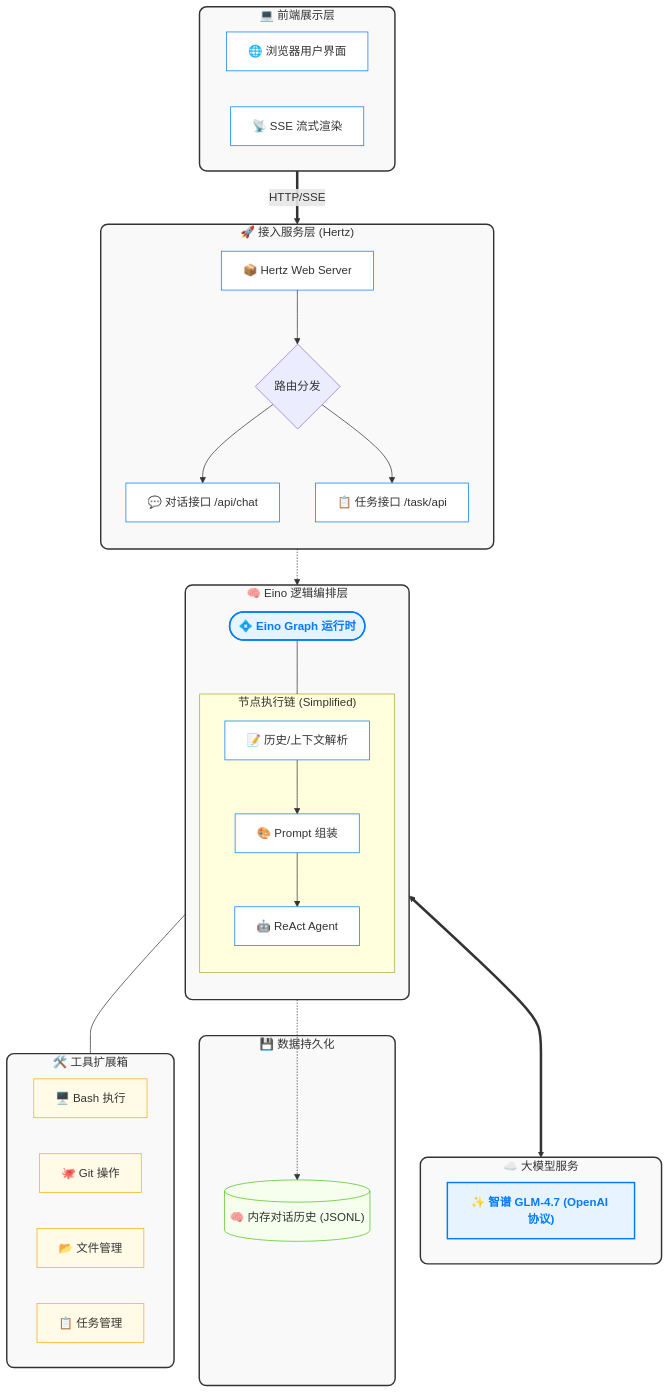
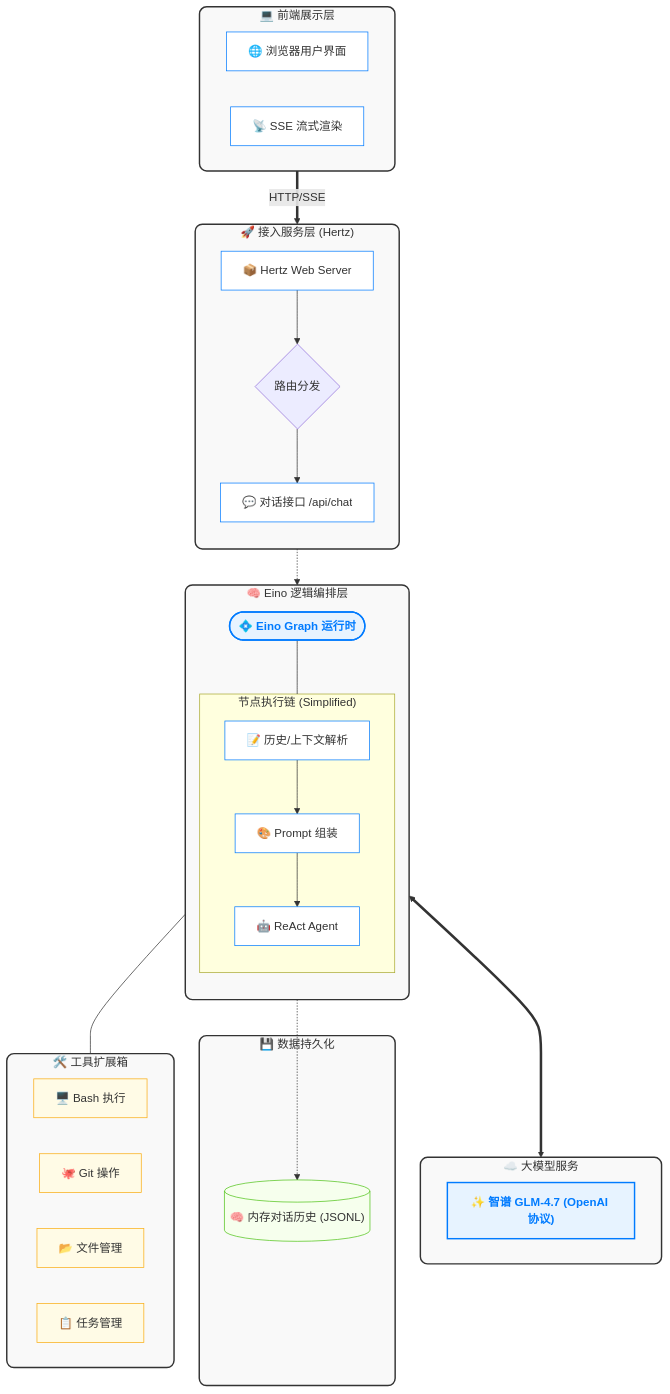
Before and after one commit to Twsa/eino-examples: the diagram in quickstart/eino_assistant/architecture.md, drawn with Mermaid.

````diff
--- a/quickstart/eino_assistant/architecture.md
+++ b/quickstart/eino_assistant/architecture.md
@@ -1,73 +1,72 @@
 ```mermaid
 graph TD
     %% 样式定义
     classDef layerStyle fill:#f9f9f9,stroke:#333,stroke-width:2px,rx:10,ry:10;
     classDef nodeStyle fill:#fff,stroke:#007bff,stroke-width:1px,color:#333;
     classDef activeStyle fill:#e7f3ff,stroke:#007bff,stroke-width:2px,color:#007bff,font-weight:bold;
     classDef toolStyle fill:#fffbe6,stroke:#faad14,stroke-width:1px;
     classDef dbStyle fill:#f6ffed,stroke:#52c41a,stroke-width:1px;
 
     subgraph UI_Layer ["💻 前端展示层"]
         direction LR
         UI["🌐 浏览器用户界面"]
         SSE["📡 SSE 流式渲染"]
     end
 
     subgraph API_Layer ["🚀 接入服务层 (Hertz)"]
         direction TB
         Hertz["📦 Hertz Web Server"]
         Router{"路由分发"}
         ChatAPI["💬 对话接口 /api/chat"]
-        TaskAPI["📋 任务接口 /task/api"]
+
         
         Hertz --> Router
         Router --> ChatAPI
-        Router --> TaskAPI
     end
 
     subgraph Core_Layer ["🧠 Eino 逻辑编排层"]
         direction TB
         Graph(["💠 Eino Graph 运行时"])
         
         subgraph Nodes ["节点执行链 (Simplified)"]
             N1["📝 历史/上下文解析"]
             N3["🎨 Prompt 组装"]
             N4["🤖 ReAct Agent"]
             
             N1 --> N3 --> N4
         end
         Graph --- Nodes
     end
 
     subgraph Model_Layer ["☁️ 大模型服务"]
         direction LR
         GLM["✨ 智谱 GLM-4.7 (OpenAI 协议)"]
     end
 
     subgraph Storage_Layer ["💾 数据持久化"]
         Mem[("🧠 内存对话历史 (JSONL)")]
     end
 
     subgraph Tools_Layer ["🛠️ 工具扩展箱"]
         direction LR
         Bash["🖥️ Bash 执行"]
         Git["🐙 Git 操作"]
         File["📂 文件管理"]
         Task["📋 任务管理"]
     end
 
     %% 连接线
     UI ==>|HTTP/SSE| Hertz
     ChatAPI -.-> Graph
     
     N4 <==> GLM
     Graph -.-> Mem
     N4 --- Tools_Layer
     
     %% 样式映射
     class UI_Layer,API_Layer,Core_Layer,Model_Layer,Storage_Layer,Tools_Layer layerStyle;
-    class UI,SSE,Hertz,ChatAPI,TaskAPI,N1,N3,N4 nodeStyle;
+    class UI,SSE,Hertz,ChatAPI,N1,N3,N4 nodeStyle;
     class Graph,GLM activeStyle;
     class Bash,Git,File,Task toolStyle;
     class Mem dbStyle;
 ```
````
